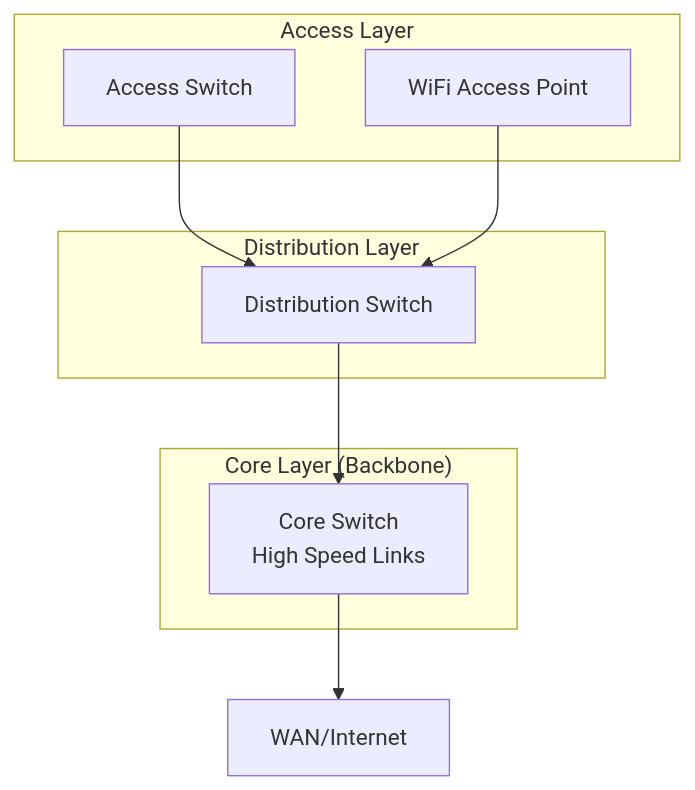
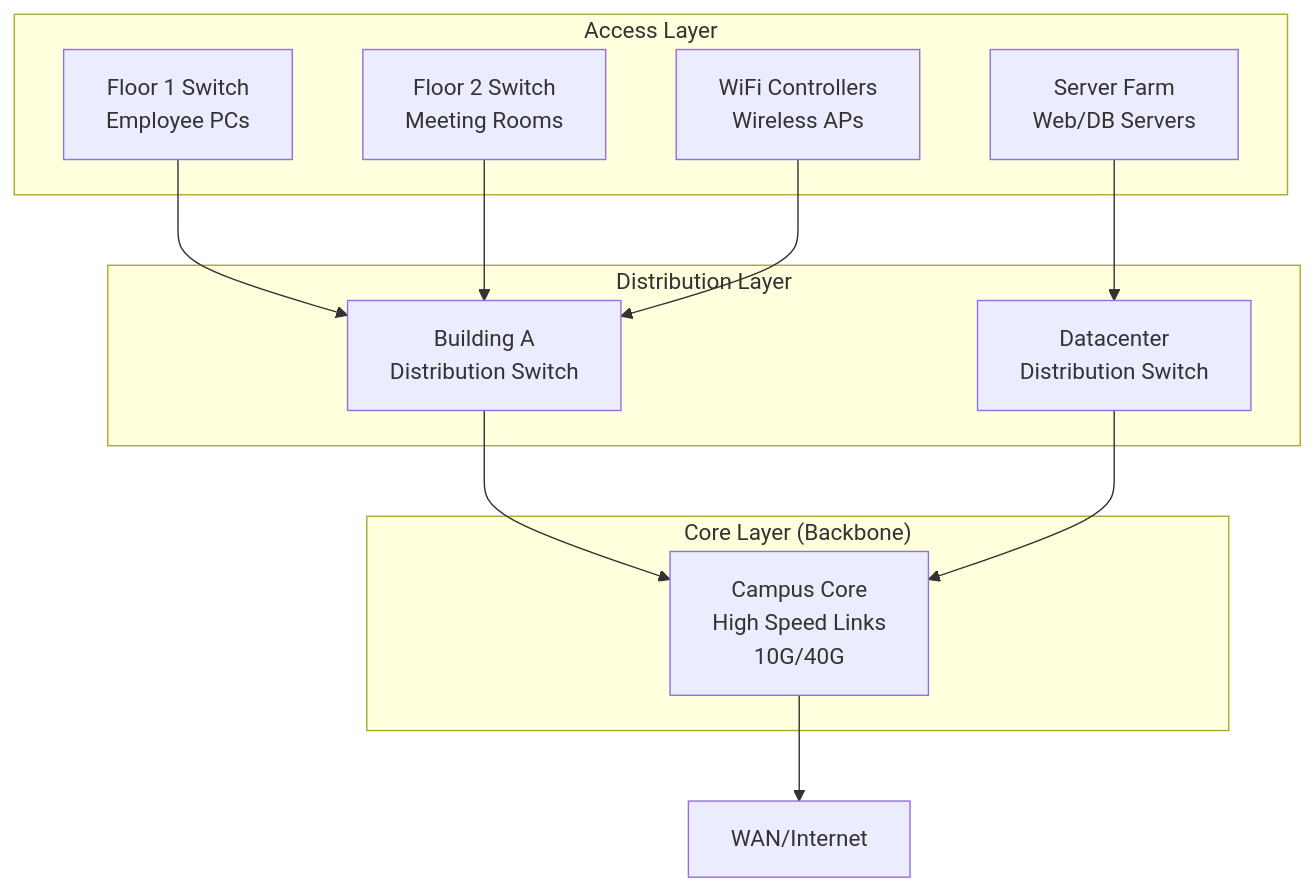
Before and after one commit to tkr22777/teaching-kg-574: the first of 2 diagrams in 03_backbones_segmentation.md, drawn with Mermaid. The commit also changed other lines of this file, not shown here.

Commit message:
03_backbones_segmentation.md

````diff
--- a/03_backbones_segmentation.md
+++ b/03_backbones_segmentation.md
@@ -48,20 +48,27 @@
 ```mermaid
 graph TD
   subgraph "Access Layer"
-    AS1[Access Switch]
-    AS2[WiFi Access Point]
+    AS1[Floor 1 Switch<br/>Employee PCs]
+    AS2[Floor 2 Switch<br/>Meeting Rooms]
+    AS3[WiFi Controllers<br/>Wireless APs]
+    AS4[Server Farm<br/>Web/DB Servers]
   end
   
   subgraph "Distribution Layer"
-    DS[Distribution Switch]
+    DS1[Building A<br/>Distribution Switch]
+    DS2[Datacenter<br/>Distribution Switch]
   end
   
   subgraph "Core Layer (Backbone)"
-    CS[Core Switch<br/>High Speed Links]
+    CS[Campus Core<br/>High Speed Links<br/>10G/40G]
   end
   
-  AS1 --> DS
-  AS2 --> DS
-  DS --> CS
+  AS1 --> DS1
+  AS2 --> DS1
+  AS3 --> DS1
+  AS4 --> DS2
+  
+  DS1 --> CS
+  DS2 --> CS
   CS --> WAN/Internet
 ```
````
